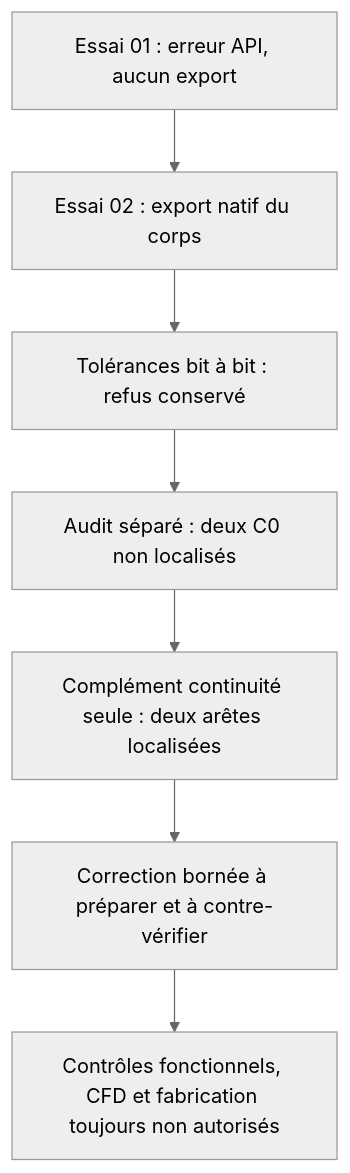
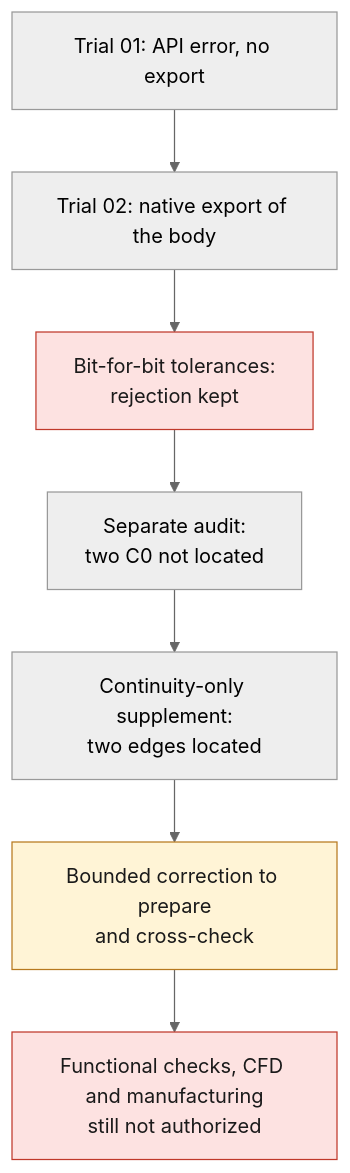
Before and after one commit to cluster2600/porscheparts: the diagram in docs/reports/M64_EXHAUST_NATIVE_AUDIT_20260908.md, drawn with Mermaid (neutral theme). The commit also changed other lines of this file and 228 other files, not shown here.

````diff
--- a/docs/reports/M64_EXHAUST_NATIVE_AUDIT_20260908.md
+++ b/docs/reports/M64_EXHAUST_NATIVE_AUDIT_20260908.md
@@ -113,9 +113,13 @@
 ```mermaid
 flowchart TD
-    A["Essai 01 : erreur API, aucun export"] --> B["Essai 02 : export natif du corps"]
-    B --> C["Tolérances bit à bit : refus conservé"]
-    C --> D["Audit séparé : deux C0 non localisés"]
-    D --> E["Complément continuité seule : deux arêtes localisées"]
-    E --> F["Correction bornée à préparer et à contre-vérifier"]
-    F --> G["Contrôles fonctionnels, CFD et fabrication toujours non autorisés"]
+    A["Trial 01: API error, no export"] --> B["Trial 02: native export of the body"]
+    B --> C["Bit-for-bit tolerances:<br/>rejection kept"]
+    C --> D["Separate audit:<br/>two C0 not located"]
+    D --> E["Continuity-only supplement:<br/>two edges located"]
+    E --> F["Bounded correction to prepare<br/>and cross-check"]
+    F --> G["Functional checks, CFD and manufacturing<br/>still not authorized"]
+    class C,G stop
+    class F open
+    classDef stop fill:#fde2e1,stroke:#c0392b,color:#1a1a1a;
+    classDef open fill:#fff4d6,stroke:#b7791f,color:#1a1a1a;
 ```
````
